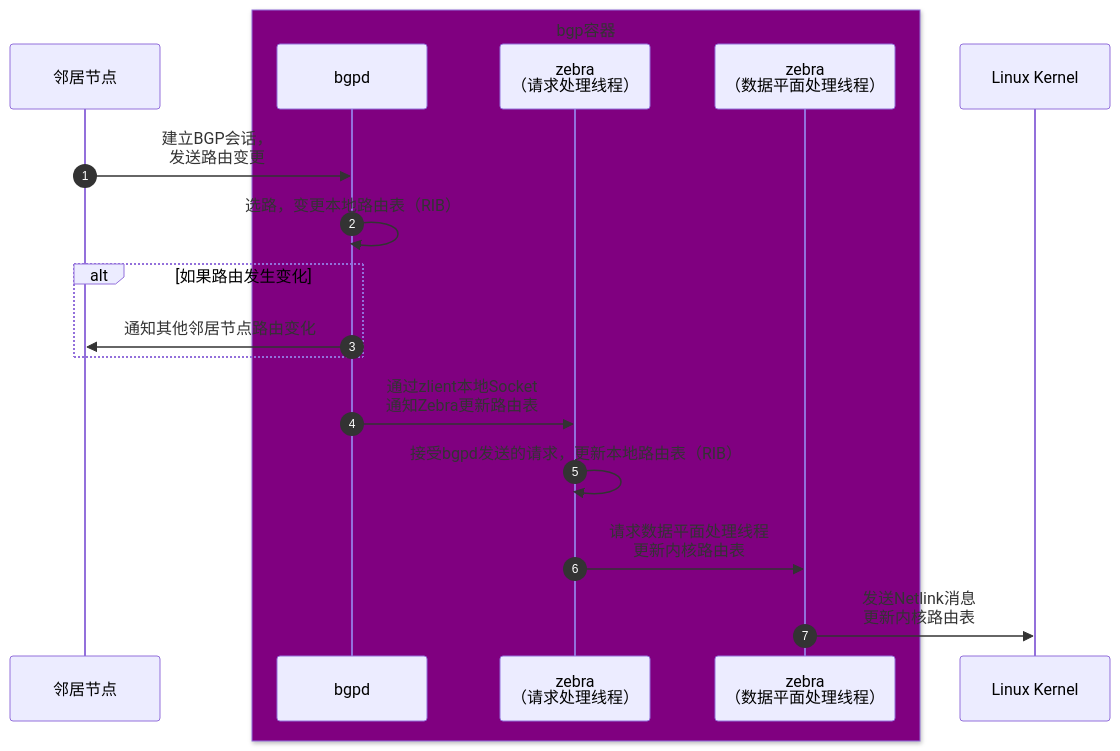
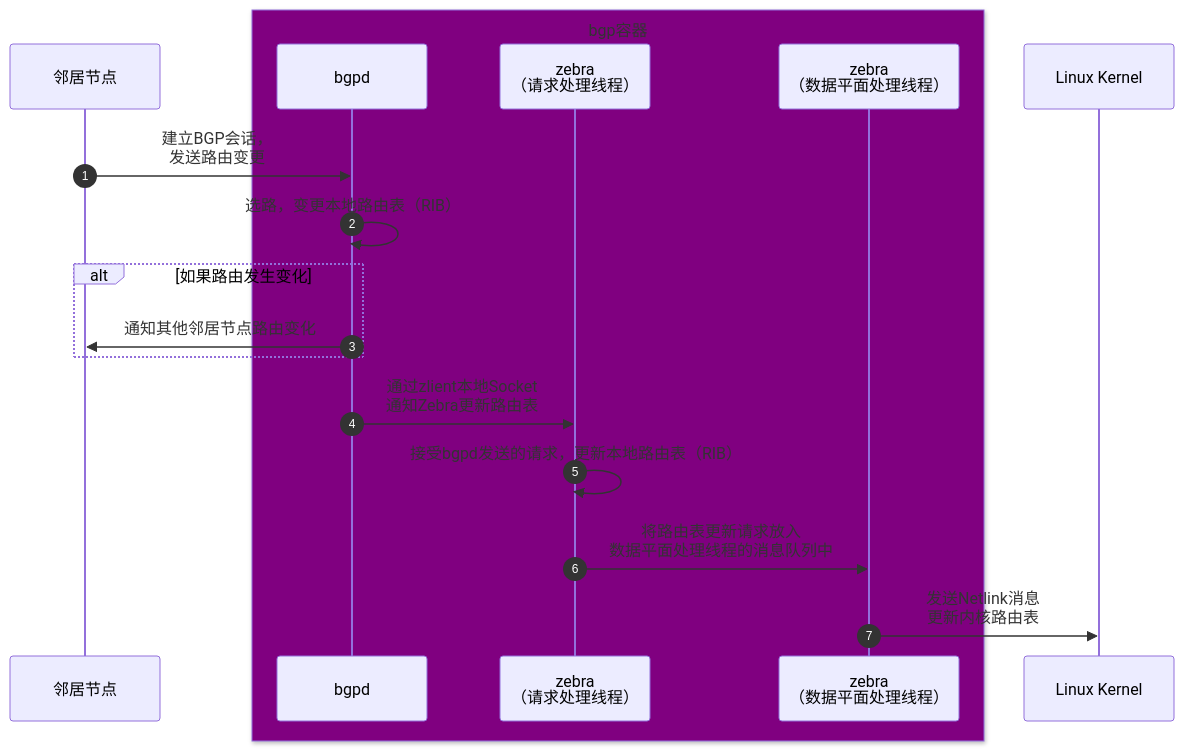
One commit to r12f/sonic-book changed the first of 2 diagrams in src/5-2-bgp-workflow.md. Above: the diagram before and after it, drawn with Mermaid. The commit also changed other lines of this file, not shown here.

````diff
--- a/src/5-2-bgp-workflow.md
+++ b/src/5-2-bgp-workflow.md
@@ -126,21 +126,21 @@
 ```mermaid
 sequenceDiagram
     autonumber
     participant N as 邻居节点
     box purple bgp容器
     participant B as bgpd
     participant ZH as zebra<br/>（请求处理线程）
     participant ZD as zebra<br/>（数据平面处理线程）
     end
     participant K as Linux Kernel
 
     N->>B: 建立BGP会话，<br/>发送路由变更
     B->>B: 选路，变更本地路由表（RIB）
     alt 如果路由发生变化
     B->>N: 通知其他邻居节点路由变化
     end
     B->>ZH: 通过zlient本地Socket<br/>通知Zebra更新路由表
     ZH->>ZH: 接受bgpd发送的请求，更新本地路由表（RIB）
-    ZH->>ZD: 请求数据平面处理线程<br/>更新内核路由表
+    ZH->>ZD: 将路由表更新请求放入<br/>数据平面处理线程的消息队列中
     ZD->>K: 发送Netlink消息<br/>更新内核路由表
 ```
````
